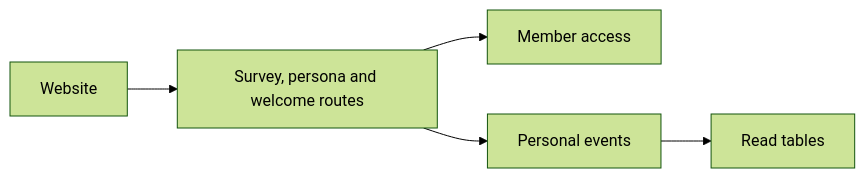
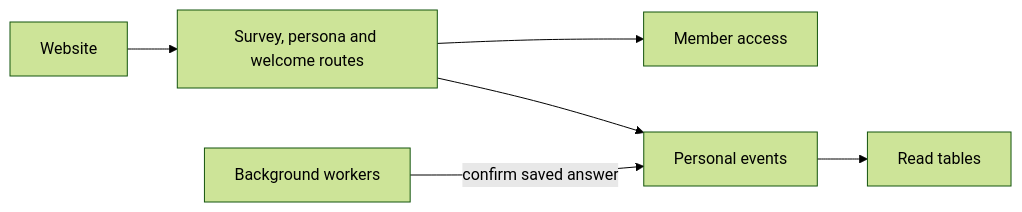
Before and after one commit to elewa-git/opencrane-new: the diagram in apps/server/src/onboarding/README.md, drawn with Mermaid (forest theme). The commit also changed other lines of this file and 22 other files, not shown here.

Commit message:
✅ Complete a saved welcome once from its final answer

````diff
--- a/apps/server/src/onboarding/README.md
+++ b/apps/server/src/onboarding/README.md
@@ -15,7 +15,8 @@
 ```mermaid
 flowchart LR
   web[Website] --> onboarding[Survey, persona and welcome routes]
   onboarding --> access[Member access]
   onboarding --> events[Personal events]
+  workers[Background workers] -->|confirm saved answer| events
   events --> tables[Read tables]
 ```
````
